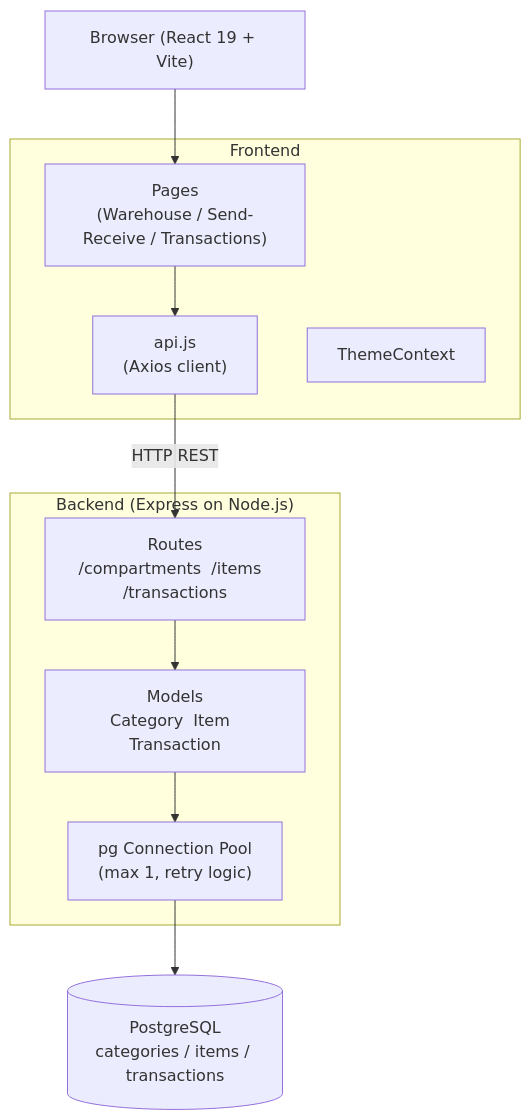
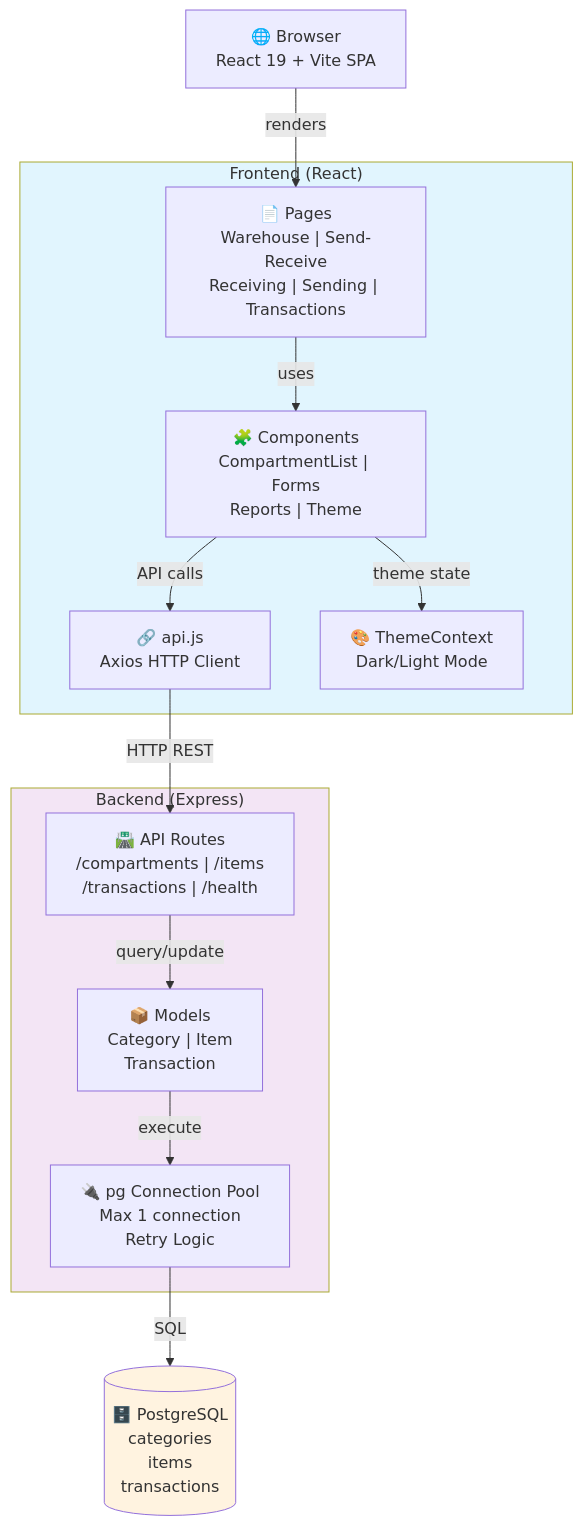
The diagram in README.md (RishiWaghmare12/DBMS-Warehouse-System), drawn with Mermaid before and after one commit. The commit also changed other lines of this file, not shown here.

````diff
--- a/README.md
+++ b/README.md
@@ -112,25 +140,32 @@
 ```mermaid
 flowchart TD
-    Browser["Browser (React 19 + Vite)"]
-
-    subgraph Frontend
-        Pages["Pages\n(Warehouse / Send-Receive / Transactions)"]
-        API_SVC["api.js\n(Axios client)"]
-        CTX["ThemeContext"]
+    Browser["🌐 Browser<br/>React 19 + Vite SPA"]
+    
+    subgraph Frontend["Frontend (React)"]
+        Pages["📄 Pages<br/>Warehouse | Send-Receive<br/>Receiving | Sending | Transactions"]
+        Components["🧩 Components<br/>CompartmentList | Forms<br/>Reports | Theme"]
+        APIClient["🔗 api.js<br/>Axios HTTP Client"]
+        Context["🎨 ThemeContext<br/>Dark/Light Mode"]
     end
-
-    subgraph Backend ["Backend (Express on Node.js)"]
-        Routes["Routes\n/compartments  /items  /transactions"]
-        Models["Models\nCategory  Item  Transaction"]
-        Pool["pg Connection Pool\n(max 1, retry logic)"]
+    
+    subgraph Backend["Backend (Express)"]
+        Routes["🛣️ API Routes<br/>/compartments | /items<br/>/transactions | /health"]
+        Models["📦 Models<br/>Category | Item<br/>Transaction"]
+        Pool["🔌 pg Connection Pool<br/>Max 1 connection<br/>Retry Logic"]
     end
-
-    DB[(PostgreSQL\ncategories / items / transactions)]
-
-    Browser --> Pages
-    Pages --> API_SVC
-    API_SVC -->|HTTP REST| Routes
-    Routes --> Models
-    Models --> Pool
-    Pool --> DB
+    
+    DB[(🗄️ PostgreSQL<br/>categories<br/>items<br/>transactions)]
+    
+    Browser -->|renders| Pages
+    Pages -->|uses| Components
+    Components -->|API calls| APIClient
+    Components -->|theme state| Context
+    APIClient -->|HTTP REST| Routes
+    Routes -->|query/update| Models
+    Models -->|execute| Pool
+    Pool -->|SQL| DB
+    
+    style Frontend fill:#e1f5fe
+    style Backend fill:#f3e5f5
+    style DB fill:#fff3e0
 ```
````
